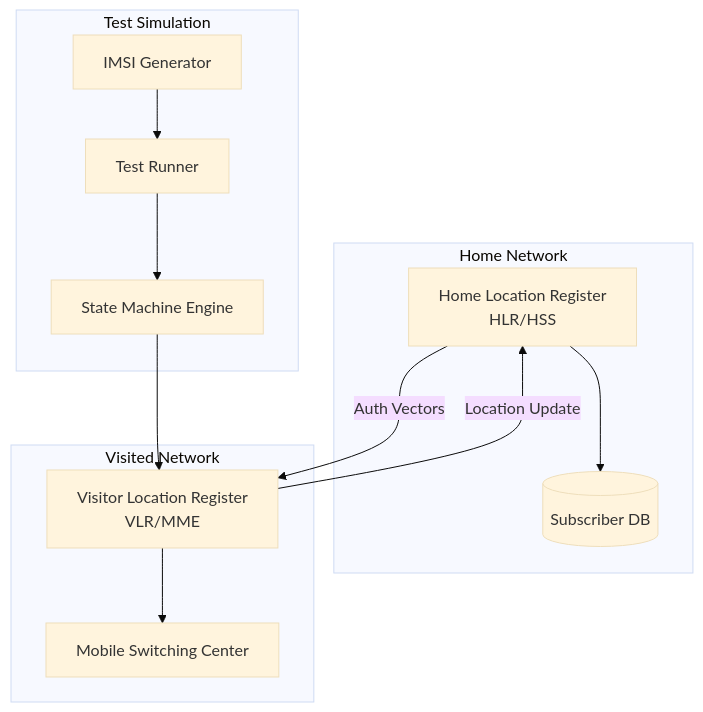
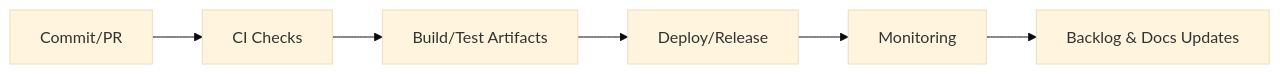
One commit to samueljackson-collab/Portfolio-Project changed the second of 2 diagrams in projects/p07-roaming-simulation/README.md. Above: the diagram before and after it, drawn with Mermaid (base theme). The commit also changed other lines of this file and 85 other files, not shown here.

````diff
--- a/projects/p07-roaming-simulation/README.md
+++ b/projects/p07-roaming-simulation/README.md
@@ -43,26 +96,8 @@
 ```mermaid
-flowchart TB
-    subgraph Home Network
-        HLR[Home Location Register<br/>HLR/HSS]
-        HSS_DB[(Subscriber DB)]
-        HLR --> HSS_DB
-    end
-
-    subgraph Visited Network
-        VLR[Visitor Location Register<br/>VLR/MME]
-        MSC[Mobile Switching Center]
-    end
-
-    subgraph Test Simulation
-        TestRunner[Test Runner]
-        StateEngine[State Machine Engine]
-        MockIMSI[IMSI Generator]
-    end
-
-    TestRunner --> StateEngine
-    StateEngine --> VLR
-    VLR -->|Location Update| HLR
-    HLR -->|Auth Vectors| VLR
-    VLR --> MSC
-    MockIMSI --> TestRunner
+flowchart LR
+  A[Commit/PR] --> B[CI Checks]
+  B --> C[Build/Test Artifacts]
+  C --> D[Deploy/Release]
+  D --> E[Monitoring]
+  E --> F[Backlog & Docs Updates]
 ```
````
